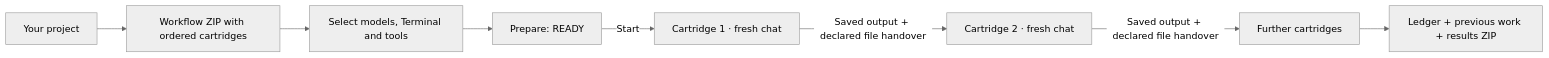
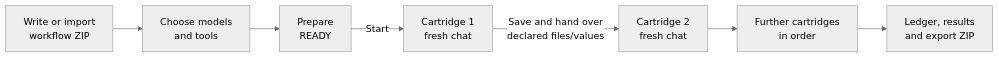
The diagram in README.md (Nundrian/Magazine), drawn with Mermaid (neutral theme) before and after one commit. The commit also changed other lines of this file and 16 other files, not shown here.

````diff
--- a/README.md
+++ b/README.md
@@ -47,10 +39,9 @@
 ```mermaid
 flowchart LR
-  A["Your project"] --> B["Workflow ZIP with ordered cartridges"]
-  B --> C["Select models, Terminal and tools"]
-  C --> D["Prepare: READY"]
-  D -->|Start| E["Cartridge 1 · fresh chat"]
-  E -->|Saved output + declared file handover| F["Cartridge 2 · fresh chat"]
-  F -->|Saved output + declared file handover| G["Further cartridges"]
-  G --> H["Ledger + previous work + results ZIP"]
+    A["Write or import<br/>workflow ZIP"] --> B["Choose models<br/>and tools"]
+    B --> C["Prepare<br/>READY"]
+    C -->|Start| D["Cartridge 1<br/>fresh chat"]
+    D -->|Save and hand over<br/>declared files/values| E["Cartridge 2<br/>fresh chat"]
+    E --> F["Further cartridges<br/>in order"]
+    F --> G["Ledger, results<br/>and export ZIP"]
 ```
````
